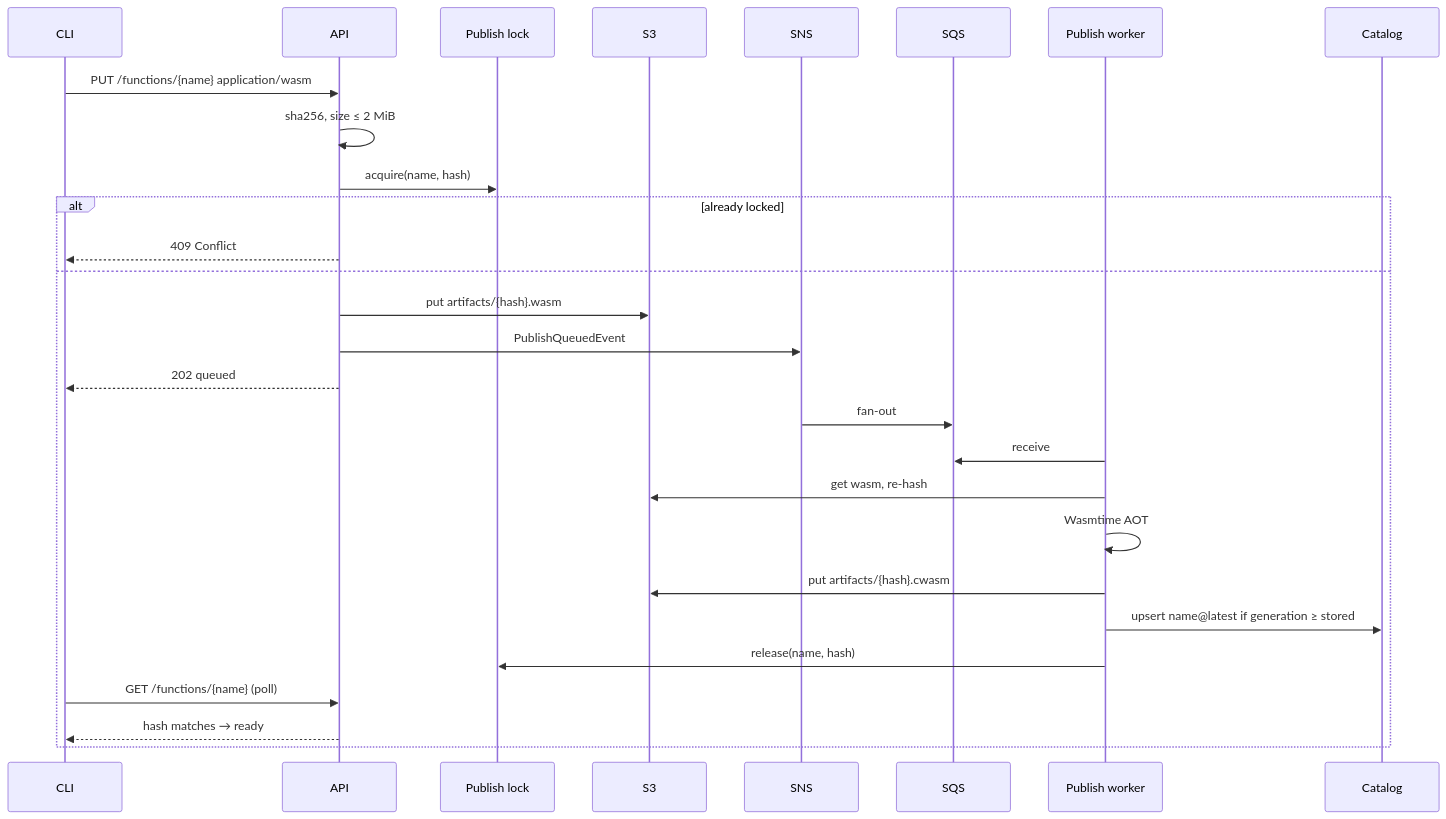
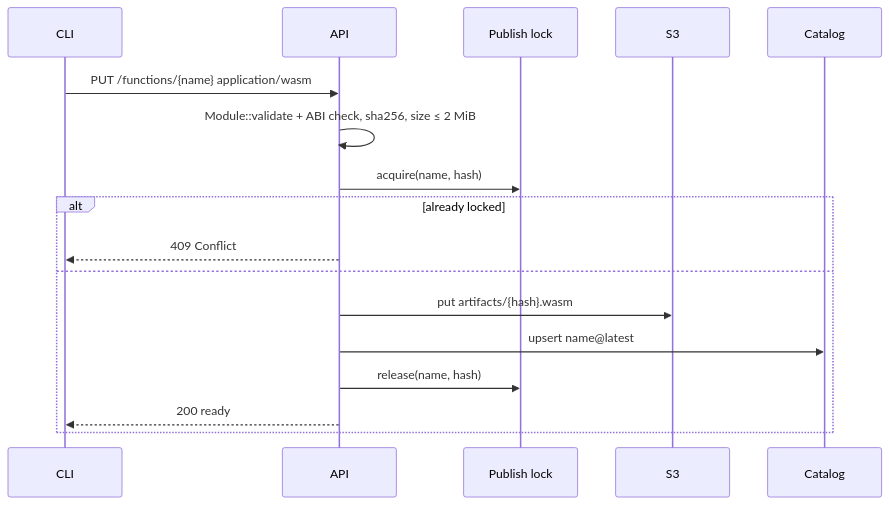
Before and after one commit to matzapata/nitrum-fn: the fifth of 7 diagrams in docs/architecture.md, drawn with Mermaid. The commit also changed other lines of this file and 78 other files, not shown here.

First line of the commit message:
feat(publish)!: complete catalog upsert synchronously in the API

````diff
--- a/docs/architecture.md
+++ b/docs/architecture.md
@@ -294,31 +254,20 @@
 ```mermaid
 sequenceDiagram
   participant CLI
   participant API
   participant Lock as Publish lock
   participant S3
-  participant SNS
-  participant SQS
-  participant W as Publish worker
   participant Cat as Catalog
 
   CLI->>API: PUT /functions/{name} application/wasm
-  API->>API: sha256, size ≤ 2 MiB
+  API->>API: Module::validate + ABI check, sha256, size ≤ 2 MiB
   API->>Lock: acquire(name, hash)
   alt already locked
     API-->>CLI: 409 Conflict
   else
     API->>S3: put artifacts/{hash}.wasm
-    API->>SNS: PublishQueuedEvent
-    API-->>CLI: 202 queued
-    SNS->>SQS: fan-out
-    W->>SQS: receive
-    W->>S3: get wasm, re-hash
-    W->>W: Wasmtime AOT
-    W->>S3: put artifacts/{hash}.cwasm
-    W->>Cat: upsert name@latest if generation ≥ stored
-    W->>Lock: release(name, hash)
-    CLI->>API: GET /functions/{name} (poll)
-    API-->>CLI: hash matches → ready
+    API->>Cat: upsert name@latest
+    API->>Lock: release(name, hash)
+    API-->>CLI: 200 ready
   end
 ```
````
